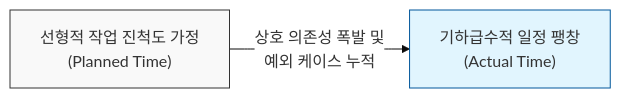
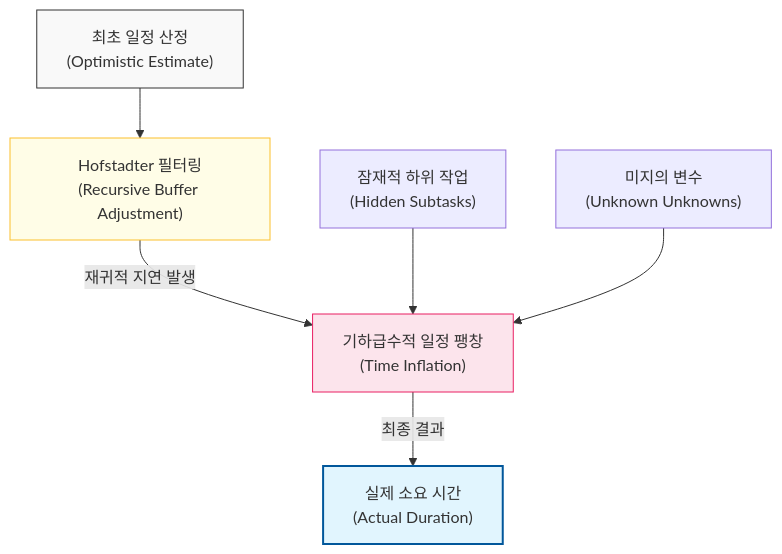
The second of 2 diagrams in docs/laws/hofstadters-law.md (jeonck/ai-sw-engineering), drawn with Mermaid before and after one commit. The commit also changed other lines of this file and 29 other files, not shown here.

````diff
--- a/docs/laws/hofstadters-law.md
+++ b/docs/laws/hofstadters-law.md
@@ -29,7 +30,16 @@
 ```mermaid
-%%{init: { 'theme': 'base', 'themeVariables': { 'edgeLabelBackground': '#fff' }}}%%
-flowchart LR
-    A2["선형적 작업 진척도 가정\n(Planned Time)"] -- "상호 의존성 폭발 및\n예외 케이스 누적" --> B2["기하급수적 일정 팽창\n(Actual Time)"]
-    style A2 fill:#f9f9f9,stroke:#333,stroke-width:1px
-    style B2 fill:#e1f5fe,stroke:#01579b,stroke-width:1px
+graph TD
+    Estimate["최초 일정 산정\n(Optimistic Estimate)"] --> Recursive["Hofstadter 필터링\n(Recursive Buffer Adjustment)"]
+    
+    Recursive -- "재귀적 지연 발생" --> Inlation["기하급수적 일정 팽창\n(Time Inflation)"]
+    
+    Subtasks["잠재적 하위 작업\n(Hidden Subtasks)"] --> Inlation
+    Unknowns["미지의 변수\n(Unknown Unknowns)"] --> Inlation
+    
+    Inlation -- "최종 결과" --> Actual["실제 소요 시간\n(Actual Duration)"]
+    
+    style Estimate fill:#f9f9f9,stroke:#333,stroke-width:1px
+    style Recursive fill:#fffde7,stroke:#fbc02d,stroke-width:1px
+    style Inlation fill:#fce4ec,stroke:#e91e63,stroke-width:1px
+    style Actual fill:#e1f5fe,stroke:#01579b,stroke-width:2px
 ```
````
